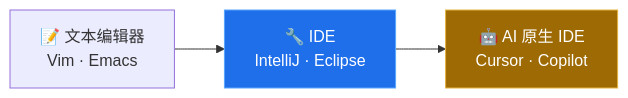
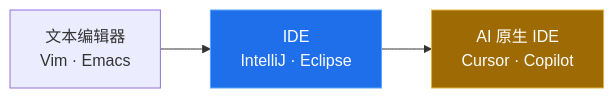
One commit to leohou0430/my-ai-stack changed the second of 14 diagrams in README.md. Above: the diagram before and after it, drawn with Mermaid. The commit also changed other lines of this file and 2 other files, not shown here.

````diff
--- a/README.md
+++ b/README.md
@@ -61,6 +141,6 @@
 ```mermaid
 graph LR
-    A["📝 文本编辑器<br>Vim · Emacs"] --> B["🔧 IDE<br>IntelliJ · Eclipse"] --> C["🤖 AI 原生 IDE<br>Cursor · Copilot"]
+    A["文本编辑器<br>Vim · Emacs"] --> B["IDE<br>IntelliJ · Eclipse"] --> C["AI 原生 IDE<br>Cursor · Copilot"]
     style C fill:#9e6a03,stroke:#e3b341,color:#fff
     style B fill:#1f6feb,stroke:#58a6ff,color:#fff
 ```
````
